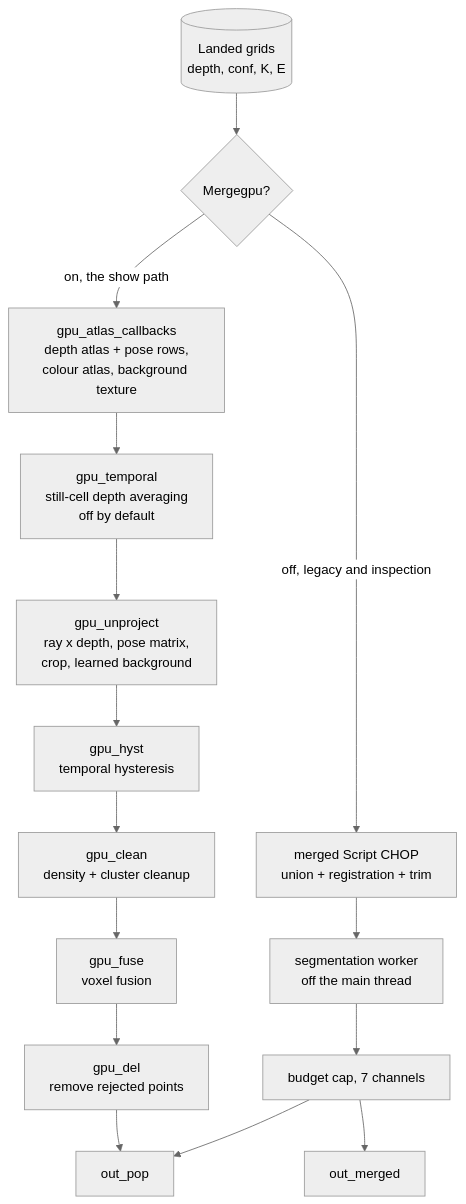
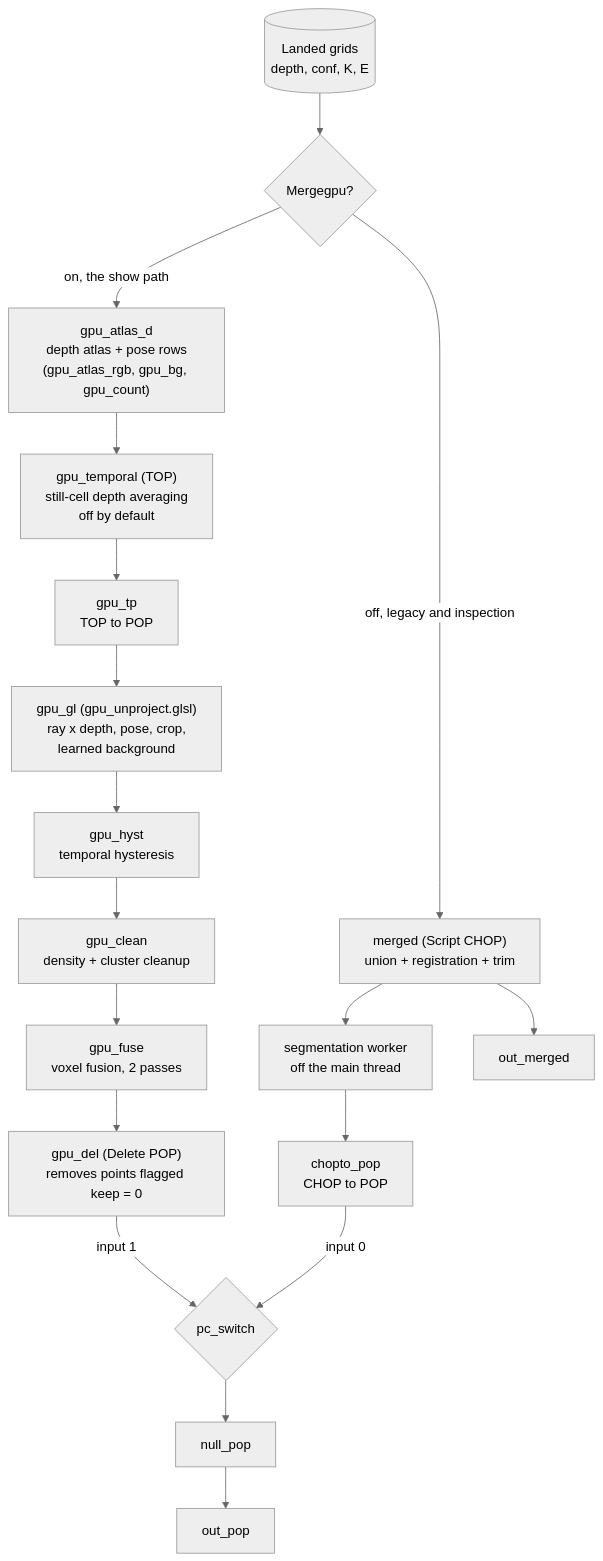
Before and after one commit to AristidesAI/TDStage-Docs: the second of 2 diagrams in td/pipeline.md, drawn with Mermaid (neutral theme).

Commit message:
Pipeline diagram rewired to the tox's actual node graph
Checked against the saved v78's own wiring rather than a description of it,
and four things were wrong in a way a reader would have trusted.

The two merge paths do not both end at the output. They meet at a switch,
input 0 from the CPU side and input 1 from the GPU side, and the switch is
what the merge parameter selects. Drawn as two arrows into the output, the
diagram implied both paths produce a cloud at once.

The temporal filter runs on the depth atlas before the conversion to points,
so it filters a texture, not geometry. The delete stage after fusion is real
and drops every point the earlier stages flagged. And the CPU table hangs off
the merge node itself rather than off the end of the chain.

Node names are now the tox's own, so someone reading this next to an open
project can follow it operator by operator.

````diff
--- a/td/pipeline.md
+++ b/td/pipeline.md
@@ -97,32 +97,30 @@
 ```mermaid
 flowchart TD
   ST[("Landed grids<br/>depth, conf, K, E")]
   SW{"Mergegpu?"}
-  A["gpu_atlas_callbacks<br/>depth atlas + pose rows,<br/>colour atlas, background texture"]
-  T["gpu_temporal<br/>still-cell depth averaging<br/>off by default"]
-  U["gpu_unproject<br/>ray x depth, pose matrix,<br/>crop, learned background"]
+  A["gpu_atlas_d<br/>depth atlas + pose rows<br/>(gpu_atlas_rgb, gpu_bg, gpu_count)"]
+  T["gpu_temporal (TOP)<br/>still-cell depth averaging<br/>off by default"]
+  TP["gpu_tp<br/>TOP to POP"]
+  GL["gpu_gl (gpu_unproject.glsl)<br/>ray x depth, pose, crop,<br/>learned background"]
   H["gpu_hyst<br/>temporal hysteresis"]
   C["gpu_clean<br/>density + cluster cleanup"]
-  F["gpu_fuse<br/>voxel fusion"]
-  D["gpu_del<br/>remove rejected points"]
-  M["merged Script CHOP<br/>union + registration + trim"]
+  F["gpu_fuse<br/>voxel fusion, 2 passes"]
+  D["gpu_del (Delete POP)<br/>removes points flagged keep = 0"]
+  M["merged (Script CHOP)<br/>union + registration + trim"]
   W["segmentation worker<br/>off the main thread"]
-  E["budget cap, 7 channels"]
+  CTP["chopto_pop<br/>CHOP to POP"]
+  CH["out_merged"]
+  PS{"pc_switch"}
+  NP["null_pop"]
   POP["out_pop"]
-  CH["out_merged"]
 
   ST --> SW
   SW -- "on, the show path" --> A
-  A --> T
-  T --> U
-  U --> H
-  H --> C
-  C --> F
-  F --> D
-  D --> POP
+  A --> T --> TP --> GL --> H --> C --> F --> D
+  D -- "input 1" --> PS
   SW -- "off, legacy and inspection" --> M
-  M --> W
-  W --> E
-  E --> POP
-  E --> CH
+  M --> W --> CTP
+  CTP -- "input 0" --> PS
+  M --> CH
+  PS --> NP --> POP
 ```
````
